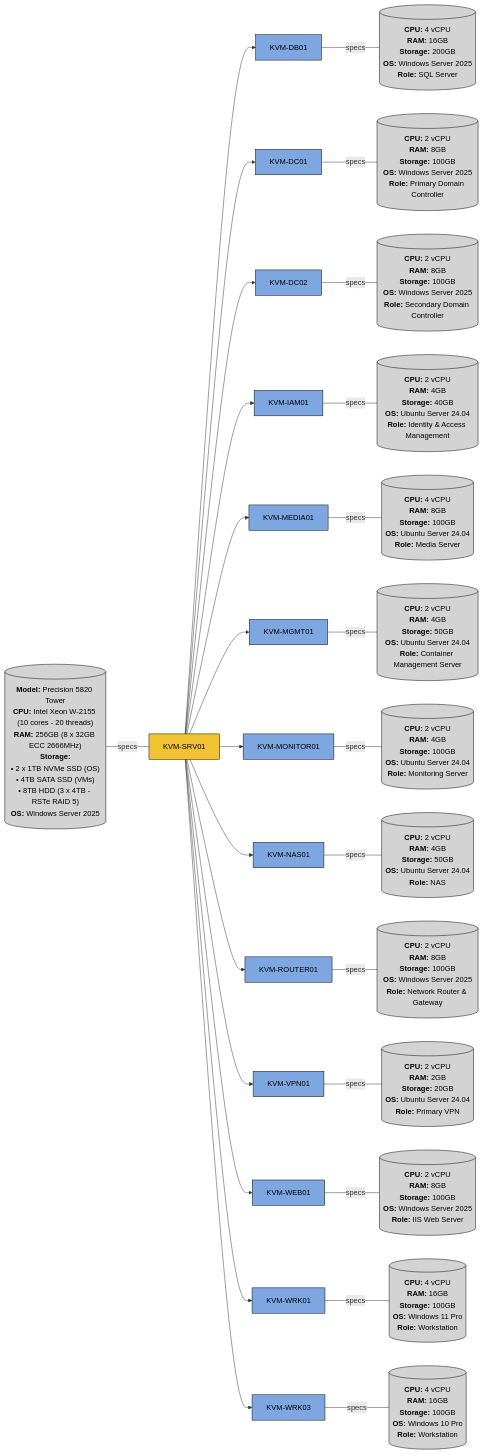
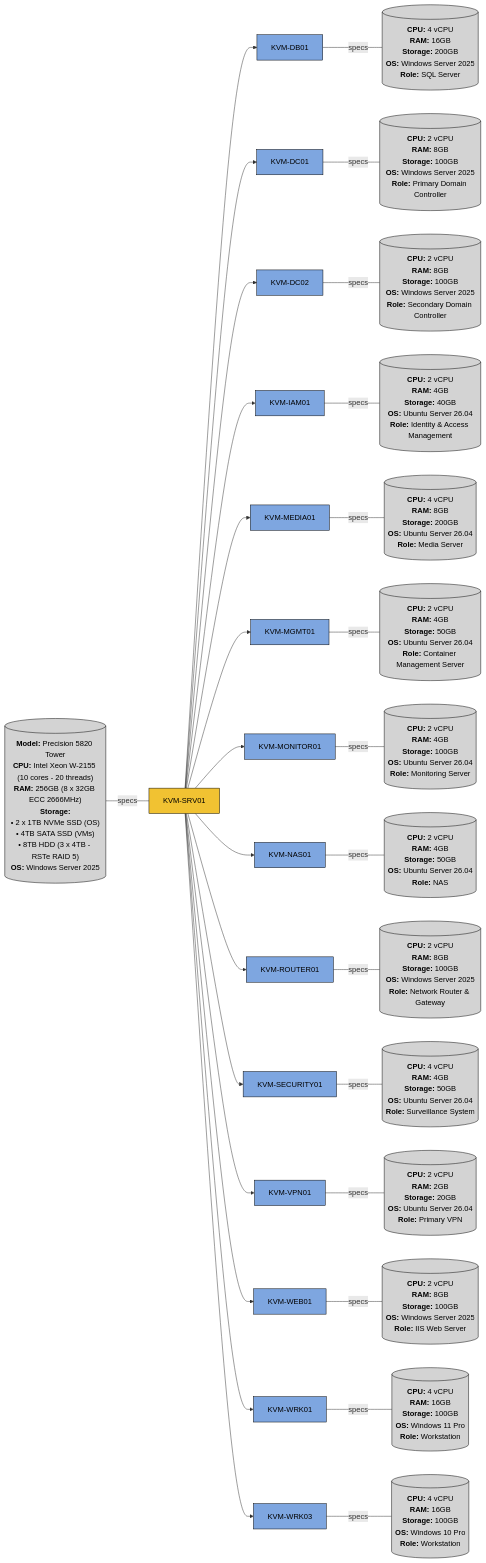
Before and after one commit to khangvum-com/ansible-config: the diagram in README.md, drawn with Mermaid. The commit also changed other lines of this file and 1 other file, not shown here.

Commit message:
feat: bumped Ubuntu VMs to version 26.04 (#56)
* feat: increased KVM-MEDIA01's storage to 200GB

* docs: updated KVM-MEDIA01 documentation

* feat: bumped Ubuntu VMs to version 26.04

* docs: added KVM-SECURITY01 to Infrastructure Overview section

````diff
--- a/README.md
+++ b/README.md
@@ -47,37 +46,42 @@
   SRV01 --> IAM01[KVM-IAM01] -- specs --- IAM01_SPECS[("`**CPU:** 2 vCPU
                                                         **RAM:** 4GB
                                                         **Storage:** 40GB
-                                                        **OS:** Ubuntu Server 24.04
+                                                        **OS:** Ubuntu Server 26.04
                                                         **Role:** Identity & Access Management`")]
   SRV01 --> MEDIA01[KVM-MEDIA01] -- specs --- MEDIA01_SPECS[("`**CPU:** 4 vCPU
                                                             **RAM:** 8GB
-                                                            **Storage:** 100GB
-                                                            **OS:** Ubuntu Server 24.04
+                                                            **Storage:** 200GB
+                                                            **OS:** Ubuntu Server 26.04
                                                             **Role:** Media Server`")]
   SRV01 --> MGMT01[KVM-MGMT01] -- specs --- MGMT01_SPECS[("`**CPU:** 2 vCPU
                                                             **RAM:** 4GB
                                                             **Storage:** 50GB
-                                                            **OS:** Ubuntu Server 24.04
+                                                            **OS:** Ubuntu Server 26.04
                                                             **Role:** Container Management Server`")]
   SRV01 --> MONITOR01[KVM-MONITOR01] -- specs --- MONITOR01_SPECS[("`**CPU:** 2 vCPU
                                                                     **RAM:** 4GB
                                                                     **Storage:** 100GB
-                                                                    **OS:** Ubuntu Server 24.04
+                                                                    **OS:** Ubuntu Server 26.04
                                                                     **Role:** Monitoring Server`")]
   SRV01 --> NAS01[KVM-NAS01] -- specs --- NAS01_SPECS[("`**CPU:** 2 vCPU
                                                         **RAM:** 4GB
                                                         **Storage:** 50GB
-                                                        **OS:** Ubuntu Server 24.04
+                                                        **OS:** Ubuntu Server 26.04
                                                         **Role:** NAS`")]
   SRV01 --> ROUTER01[KVM-ROUTER01] -- specs --- ROUTER01_SPECS[("`**CPU:** 2 vCPU
                                                                   **RAM:** 8GB
                                                                   **Storage:** 100GB
                                                                   **OS:** Windows Server 2025
                                                                   **Role:** Network Router & Gateway`")]
+  SRV01 --> SECURITY01[KVM-SECURITY01] -- specs --- SECURITY01_SPECS[("`**CPU:** 4 vCPU
+                                                                        **RAM:** 4GB
+                                                                        **Storage:** 50GB
+                                                                        **OS:** Ubuntu Server 26.04
+                                                                        **Role:** Surveillance System`")]
   SRV01 --> VPN01[KVM-VPN01] -- specs --- VPN01_SPECS[("`**CPU:** 2 vCPU
                                                         **RAM:** 2GB
                                                         **Storage:** 20GB
-                                                        **OS:** Ubuntu Server 24.04
+                                                        **OS:** Ubuntu Server 26.04
                                                         **Role:** Primary VPN`")]
   SRV01 --> WEB01[KVM-WEB01] -- specs --- WEB01_SPECS[("`**CPU:** 2 vCPU
                                                         **RAM:** 8GB
@@ -99,8 +103,8 @@
   %% Styling
   class SRV01 hosts
   classDef hosts fill:#f1c232,stroke:#000,color:#000
-  class DB01,DC01,DC02,IAM01,MEDIA01,MGMT01,MONITOR01,NAS01,ROUTER01,VPN01,VPN02,WEB01,WRK01,WRK02,WRK03,WRK04 vms
+  class DB01,DC01,DC02,IAM01,MEDIA01,MGMT01,MONITOR01,NAS01,ROUTER01,SECURITY01,VPN01,VPN02,WEB01,WRK01,WRK02,WRK03,WRK04 vms
   classDef vms fill:#7ea6e0,stroke:#000,color:#000
-  class SRV01_SPECS,DB01_SPECS,DC01_SPECS,DC02_SPECS,IAM01_SPECS,MEDIA01_SPECS,MGMT01_SPECS,MONITOR01_SPECS,NAS01_SPECS,ROUTER01_SPECS,VPN01_SPECS,VPN02_SPECS,WEB01_SPECS,WRK01_SPECS,WRK02_SPECS,WRK03_SPECS,WRK04_SPECS specs
+  class SRV01_SPECS,DB01_SPECS,DC01_SPECS,DC02_SPECS,IAM01_SPECS,MEDIA01_SPECS,MGMT01_SPECS,MONITOR01_SPECS,NAS01_SPECS,ROUTER01_SPECS,SECURITY01_SPECS,VPN01_SPECS,VPN02_SPECS,WEB01_SPECS,WRK01_SPECS,WRK02_SPECS,WRK03_SPECS,WRK04_SPECS specs
   classDef specs fill:#d3d3d3,stroke:#000,color:#000
 ```
````
